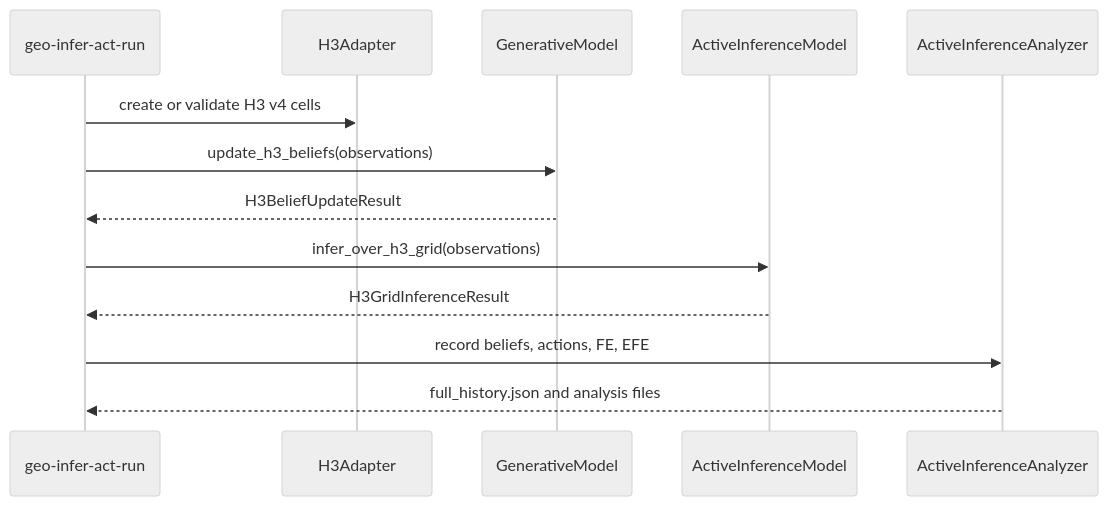
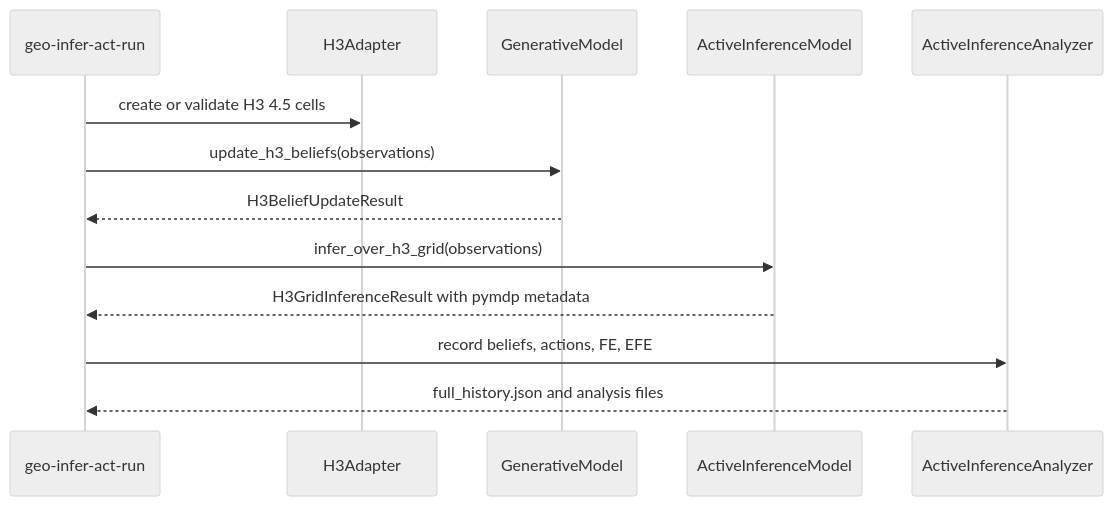
The second of 12 diagrams in GEO-INFER-ACT/docs/geospatial_applications.md (ActiveInferenceInstitute/GEO-INFER), drawn with Mermaid (neutral theme) before and after one commit. The commit also changed other lines of this file and 1832 other files, not shown here.

````diff
--- a/GEO-INFER-ACT/docs/geospatial_applications.md
+++ b/GEO-INFER-ACT/docs/geospatial_applications.md
@@ -38,15 +41,15 @@
 ```mermaid
 sequenceDiagram
     participant Runner as geo-infer-act-run
     participant Adapter as H3Adapter
     participant Model as GenerativeModel
     participant Agent as ActiveInferenceModel
     participant Analyzer as ActiveInferenceAnalyzer
-    Runner->>Adapter: create or validate H3 v4 cells
+    Runner->>Adapter: create or validate H3 4.5 cells
     Runner->>Model: update_h3_beliefs(observations)
     Model-->>Runner: H3BeliefUpdateResult
     Runner->>Agent: infer_over_h3_grid(observations)
-    Agent-->>Runner: H3GridInferenceResult
+    Agent-->>Runner: H3GridInferenceResult with pymdp metadata
     Runner->>Analyzer: record beliefs, actions, FE, EFE
     Analyzer-->>Runner: full_history.json and analysis files
 ```
````
